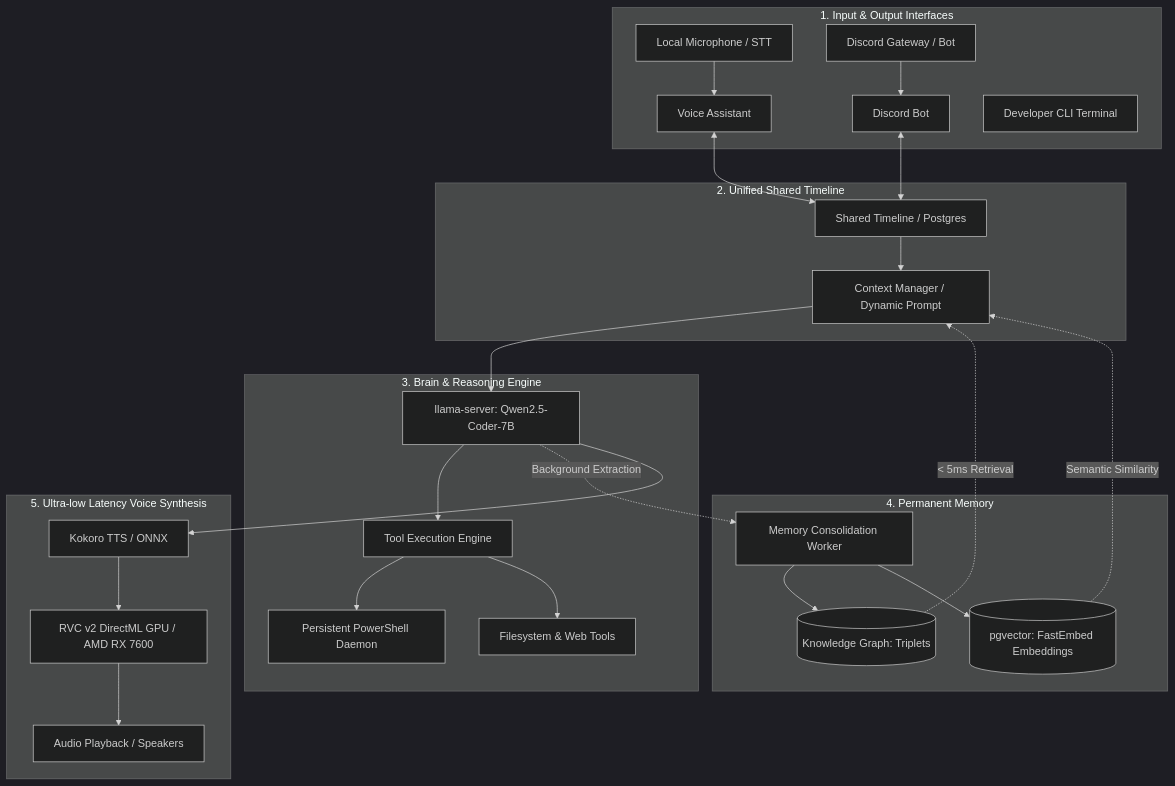
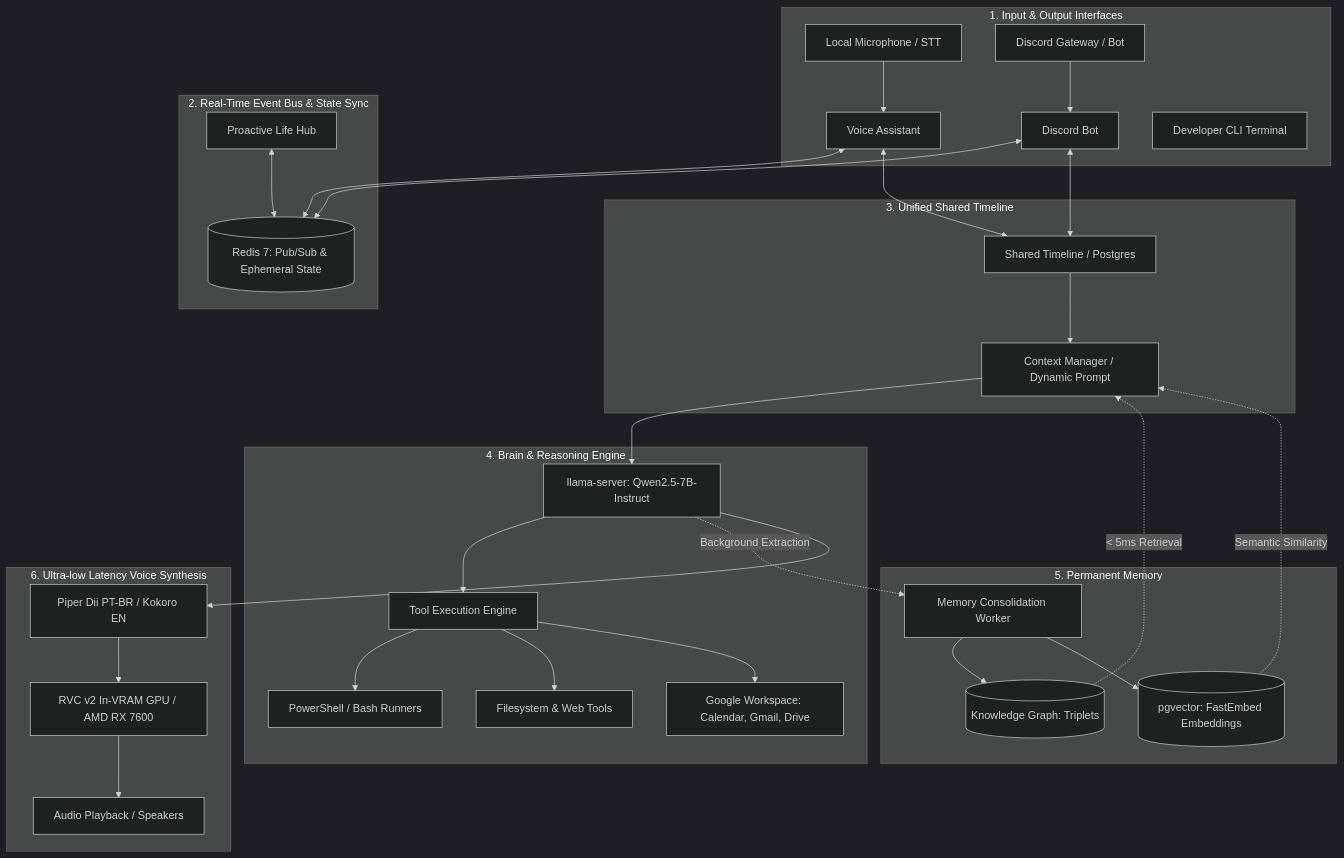
One commit to GalafassiNAT/Aigis-Assistant changed the diagram in docs/ARCHITECTURE_EN.md. Above: the diagram before and after it, drawn with Mermaid (dark theme). The commit also changed other lines of this file and 4 other files, not shown here.

Commit message:
docs: update architecture, operation guides, and readme with Google Workspace hub and Redis event bus

````diff
--- a/docs/ARCHITECTURE_EN.md
+++ b/docs/ARCHITECTURE_EN.md
@@ -11,35 +11,43 @@
 ```mermaid
 flowchart TD
     subgraph Interfaces ["1. Input & Output Interfaces"]
         MIC[Local Microphone / STT] --> VA[Voice Assistant]
         DISC[Discord Gateway / Bot] --> DB[Discord Bot]
         CLI[Developer CLI Terminal]
     end
 
-    subgraph Timeline ["2. Unified Shared Timeline"]
+    subgraph Bus ["2. Real-Time Event Bus & State Sync"]
+        REDIS[(Redis 7: Pub/Sub & Ephemeral State)]
+        VA <--> REDIS
+        DB <--> REDIS
+        PH[Proactive Life Hub] <--> REDIS
+    end
+
+    subgraph Timeline ["3. Unified Shared Timeline"]
         VA <--> ST[Shared Timeline / Postgres]
         DB <--> ST
         ST --> Ctx[Context Manager / Dynamic Prompt]
     end
 
-    subgraph Cognition ["3. Brain & Reasoning Engine"]
-        Ctx --> LLM[llama-server: Qwen2.5-Coder-7B]
+    subgraph Cognition ["4. Brain & Reasoning Engine"]
+        Ctx --> LLM[llama-server: Qwen2.5-7B-Instruct]
         LLM --> Tools[Tool Execution Engine]
-        Tools --> PS[Persistent PowerShell Daemon]
+        Tools --> PS[PowerShell / Bash Runners]
         Tools --> FS[Filesystem & Web Tools]
+        Tools --> GSuite[Google Workspace: Calendar, Gmail, Drive]
     end
 
-    subgraph Memory ["4. Permanent Memory"]
+    subgraph Memory ["5. Permanent Memory"]
         LLM -. Background Extraction .-> MW[Memory Consolidation Worker]
         MW --> KG[(Knowledge Graph: Triplets)]
         MW --> VEC[(pgvector: FastEmbed Embeddings)]
         KG -. < 5ms Retrieval .-> Ctx
         VEC -. Semantic Similarity .-> Ctx
     end
 
-    subgraph Voice ["5. Ultra-low Latency Voice Synthesis"]
-        LLM --> TTS[Kokoro TTS / ONNX]
-        TTS --> RVC[RVC v2 DirectML GPU / AMD RX 7600]
+    subgraph Voice ["6. Ultra-low Latency Voice Synthesis"]
+        LLM --> TTS[Piper Dii PT-BR / Kokoro EN]
+        TTS --> RVC[RVC v2 In-VRAM GPU / AMD RX 7600]
         RVC --> AudioOut[Audio Playback / Speakers]
     end
 ```
````
